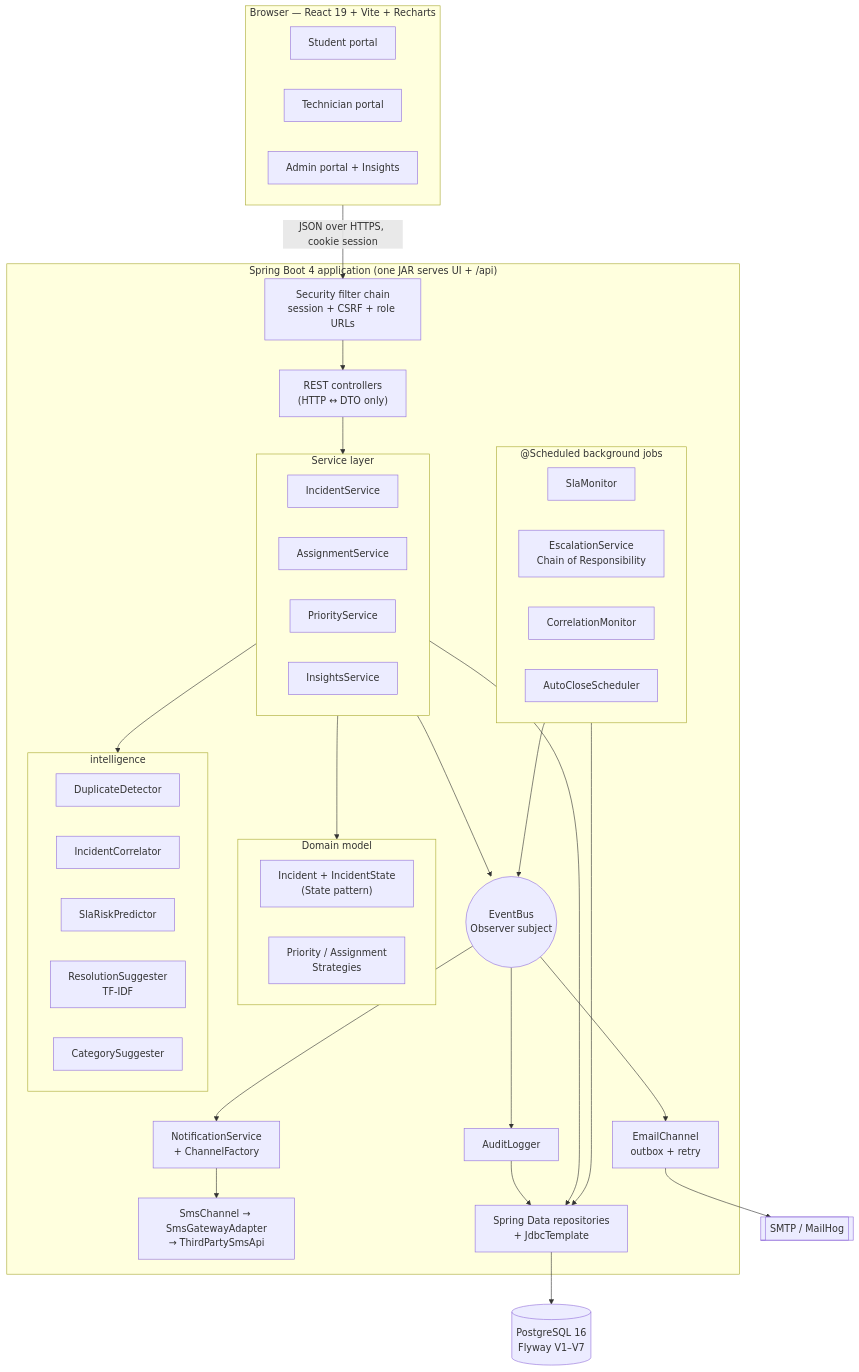
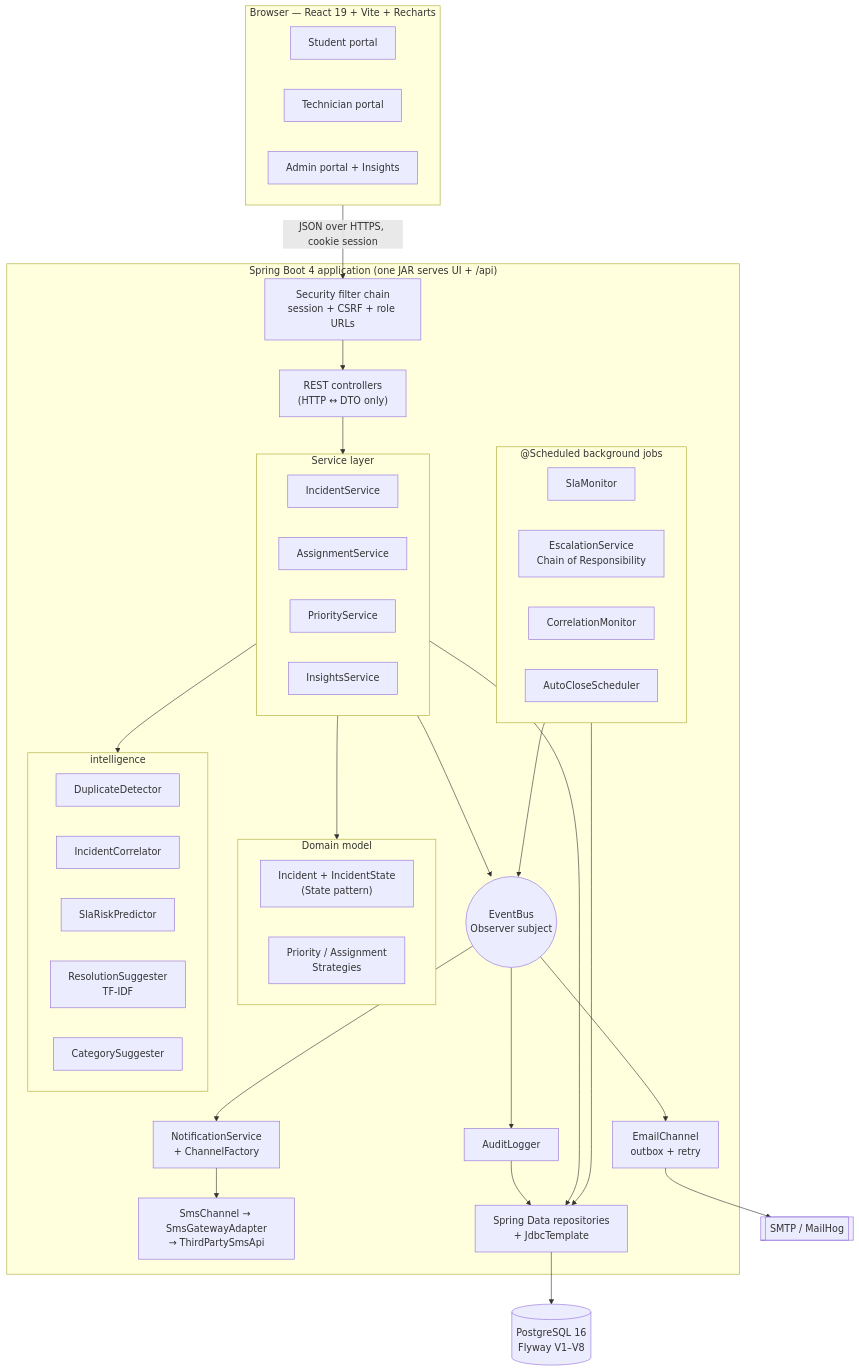
The diagram in bits-itsm/docs/diagrams/architecture.mmd (kushgupta7/bitsolve), drawn with Mermaid before and after one commit. The commit also changed 27 other files, not shown here.

```diff
--- a/bits-itsm/docs/diagrams/architecture.mmd
+++ b/bits-itsm/docs/diagrams/architecture.mmd
@@ -1,53 +1,53 @@
 flowchart TB
   subgraph Browser["Browser — React 19 + Vite + Recharts"]
     SP[Student portal]
     TP[Technician portal]
     AP[Admin portal + Insights]
   end
   subgraph App["Spring Boot 4 application (one JAR serves UI + /api)"]
     SEC["Security filter chain<br/>session + CSRF + role URLs"]
     CTRL["REST controllers<br/>(HTTP ↔ DTO only)"]
     subgraph Services["Service layer"]
       IS[IncidentService]
       AS[AssignmentService]
       PS[PriorityService]
       INS[InsightsService]
     end
     subgraph Domain["Domain model"]
       INC["Incident + IncidentState<br/>(State pattern)"]
       STR["Priority / Assignment<br/>Strategies"]
     end
     subgraph Intel["intelligence"]
       DUP[DuplicateDetector]
       COR[IncidentCorrelator]
       RISK[SlaRiskPredictor]
       SUG["ResolutionSuggester<br/>TF-IDF"]
       CAT[CategorySuggester]
     end
     subgraph Bg["@Scheduled background jobs"]
       SLA[SlaMonitor]
       ESC["EscalationService<br/>Chain of Responsibility"]
       CM[CorrelationMonitor]
       AC[AutoCloseScheduler]
     end
     BUS(("EventBus<br/>Observer subject"))
     AUD[AuditLogger]
     NOT["NotificationService<br/>+ ChannelFactory"]
     MAIL["EmailChannel<br/>outbox + retry"]
     SMS["SmsChannel → SmsGatewayAdapter<br/>→ ThirdPartySmsApi"]
     REPO["Spring Data repositories<br/>+ JdbcTemplate"]
   end
-  DB[("PostgreSQL 16<br/>Flyway V1–V7")]
+  DB[("PostgreSQL 16<br/>Flyway V1–V8")]
   SMTP[["SMTP / MailHog"]]
   Browser -->|"JSON over HTTPS, cookie session"| SEC --> CTRL --> Services
   Services --> Domain
   Services --> Intel
   Services --> BUS
   Bg --> BUS
   BUS --> AUD & NOT & MAIL
   NOT --> SMS
   MAIL --> SMTP
   Services --> REPO
   Bg --> REPO
   AUD --> REPO
   REPO --> DB
```
